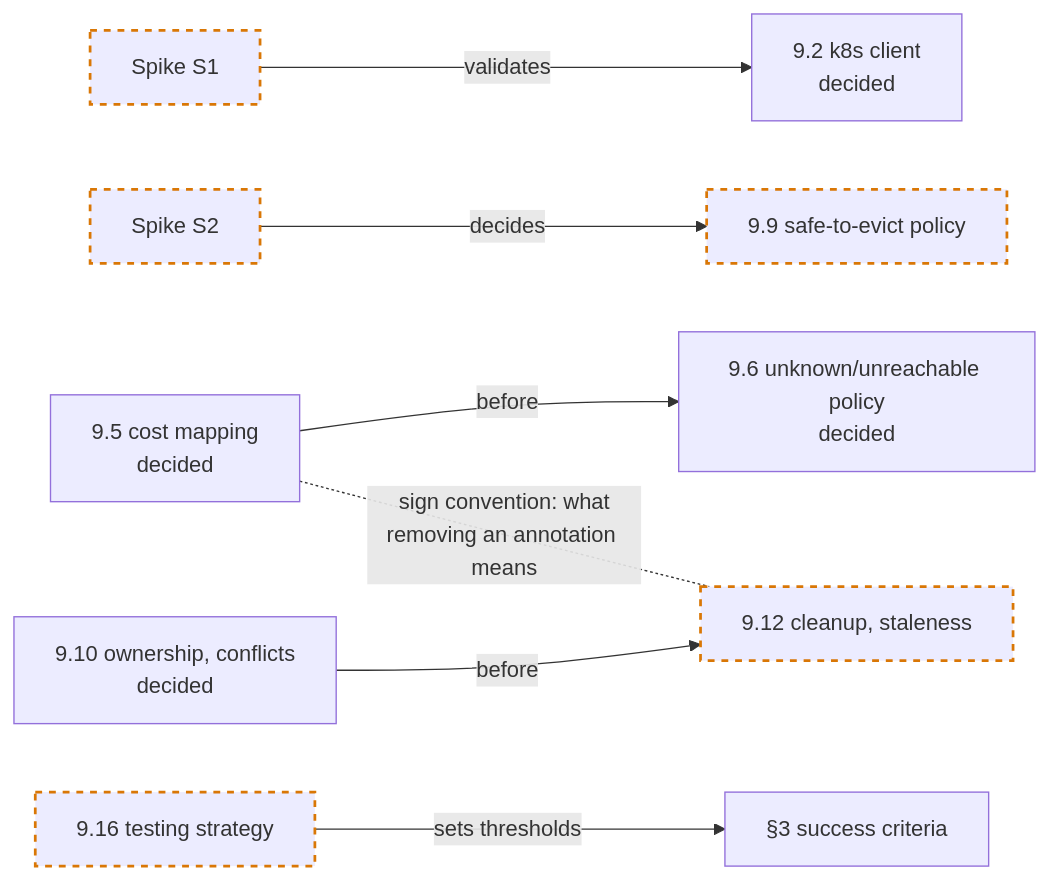
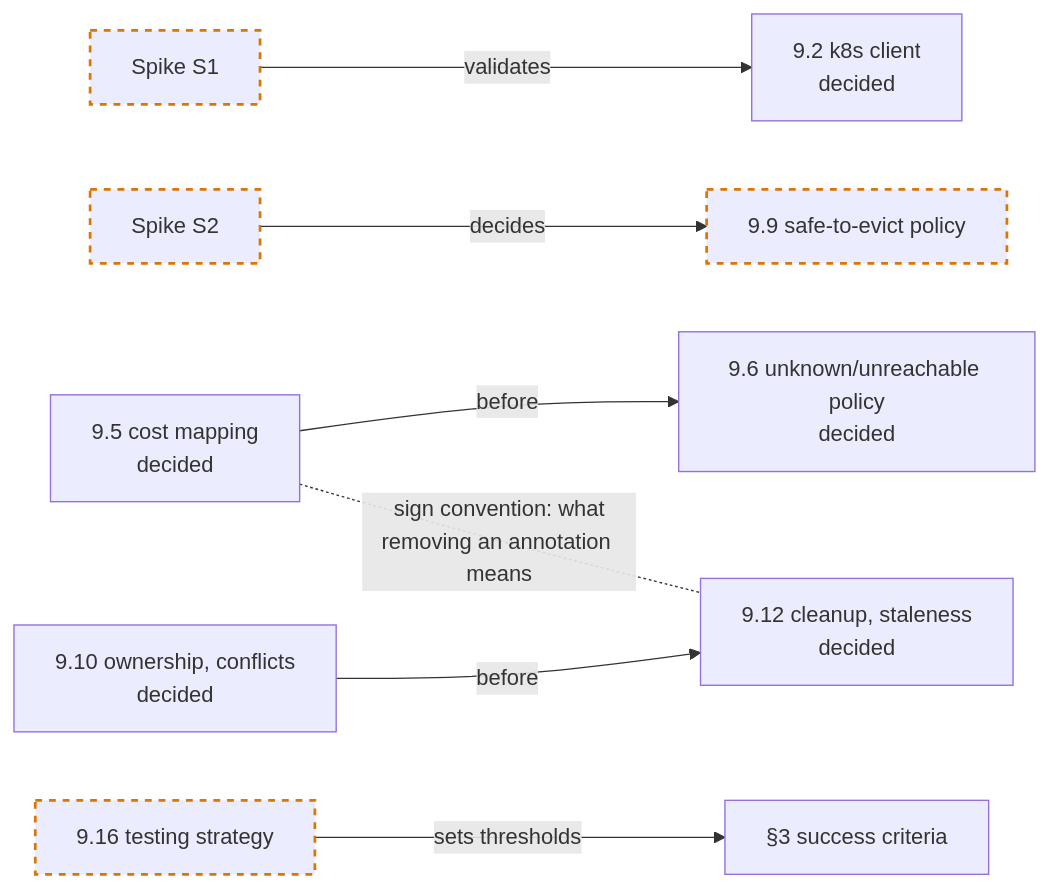
Before and after one commit to BiscuitBin/knarr: the tenth of 10 diagrams in docs/OVERVIEW.md, drawn with Mermaid. The commit also changed other lines of this file and 20 other files, not shown here.

First line of the commit message:
Settle cleanup, staleness, restart and uninstall (ticket 23, §9.12)

````diff
--- a/docs/OVERVIEW.md
+++ b/docs/OVERVIEW.md
@@ -491,10 +492,10 @@
 ```mermaid
 flowchart LR
     S1[Spike S1]:::open -- "validates" --> D2["9.2 k8s client<br/>decided"]
     S2[Spike S2]:::open -- "decides" --> D9["9.9 safe-to-evict policy"]:::open
     D5["9.5 cost mapping<br/>decided"] -- "before" --> D6["9.6 unknown/unreachable policy<br/>decided"]
-    D10["9.10 ownership, conflicts<br/>decided"] -- "before" --> D12["9.12 cleanup, staleness"]:::open
+    D10["9.10 ownership, conflicts<br/>decided"] -- "before" --> D12["9.12 cleanup, staleness<br/>decided"]
     D5 -. "sign convention: what<br/>removing an annotation means" .- D12
     D16["9.16 testing strategy"]:::open -- "sets thresholds" --> SC["§3 success criteria"]
     classDef open stroke:#d97706,stroke-width:2px,stroke-dasharray:5 5
 ```
````
